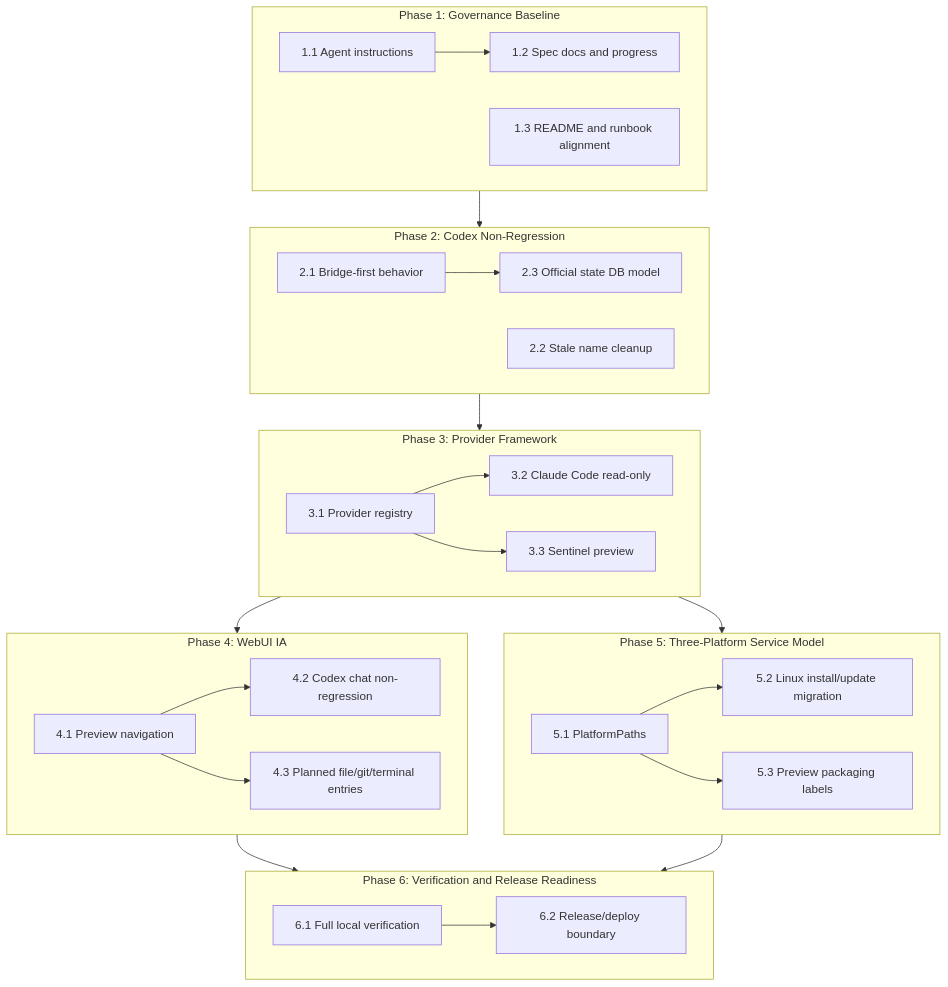
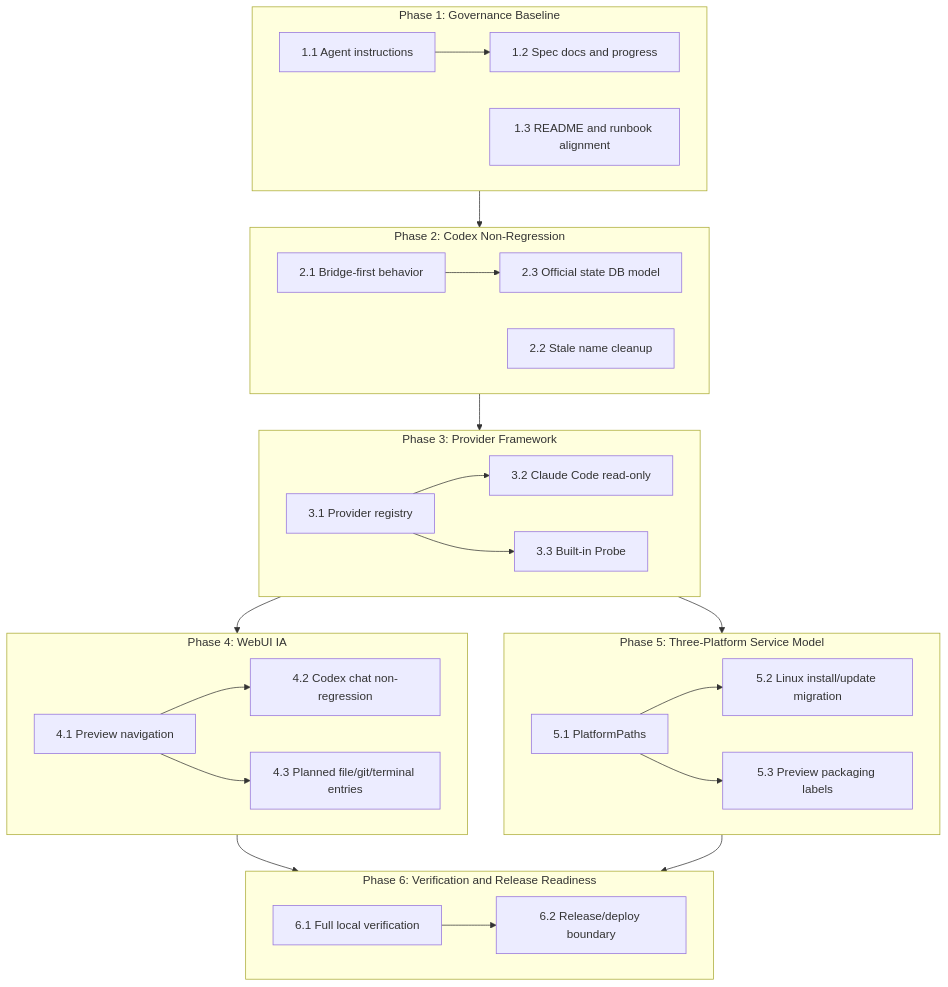
Before and after one commit to lich13/nexushub: the diagram in docs/plan/dependency-graph.md, drawn with Mermaid. The commit also changed other lines of this file and 34 other files, not shown here.

````diff
--- a/docs/plan/dependency-graph.md
+++ b/docs/plan/dependency-graph.md
@@ -3,53 +3,53 @@
 ```mermaid
 graph TD
     subgraph P1 [Phase 1: Governance Baseline]
         T11[1.1 Agent instructions]
         T12[1.2 Spec docs and progress]
         T13[1.3 README and runbook alignment]
         T11 --> T12
     end
 
     subgraph P2 [Phase 2: Codex Non-Regression]
         T21[2.1 Bridge-first behavior]
         T22[2.2 Stale name cleanup]
         T23[2.3 Official state DB model]
         T21 --> T23
     end
 
     subgraph P3 [Phase 3: Provider Framework]
         T31[3.1 Provider registry]
         T32[3.2 Claude Code read-only]
-        T33[3.3 Sentinel preview]
+        T33[3.3 Built-in Probe]
         T31 --> T32
         T31 --> T33
     end
 
     subgraph P4 [Phase 4: WebUI IA]
         T41[4.1 Preview navigation]
         T42[4.2 Codex chat non-regression]
         T43[4.3 Planned file/git/terminal entries]
         T41 --> T42
         T41 --> T43
     end
 
     subgraph P5 [Phase 5: Three-Platform Service Model]
         T51[5.1 PlatformPaths]
         T52[5.2 Linux install/update migration]
         T53[5.3 Preview packaging labels]
         T51 --> T52
         T51 --> T53
     end
 
     subgraph P6 [Phase 6: Verification and Release Readiness]
         T61[6.1 Full local verification]
         T62[6.2 Release/deploy boundary]
         T61 --> T62
     end
 
     P1 --> P2
     P2 --> P3
     P3 --> P4
     P3 --> P5
     P4 --> P6
     P5 --> P6
 ```
````
